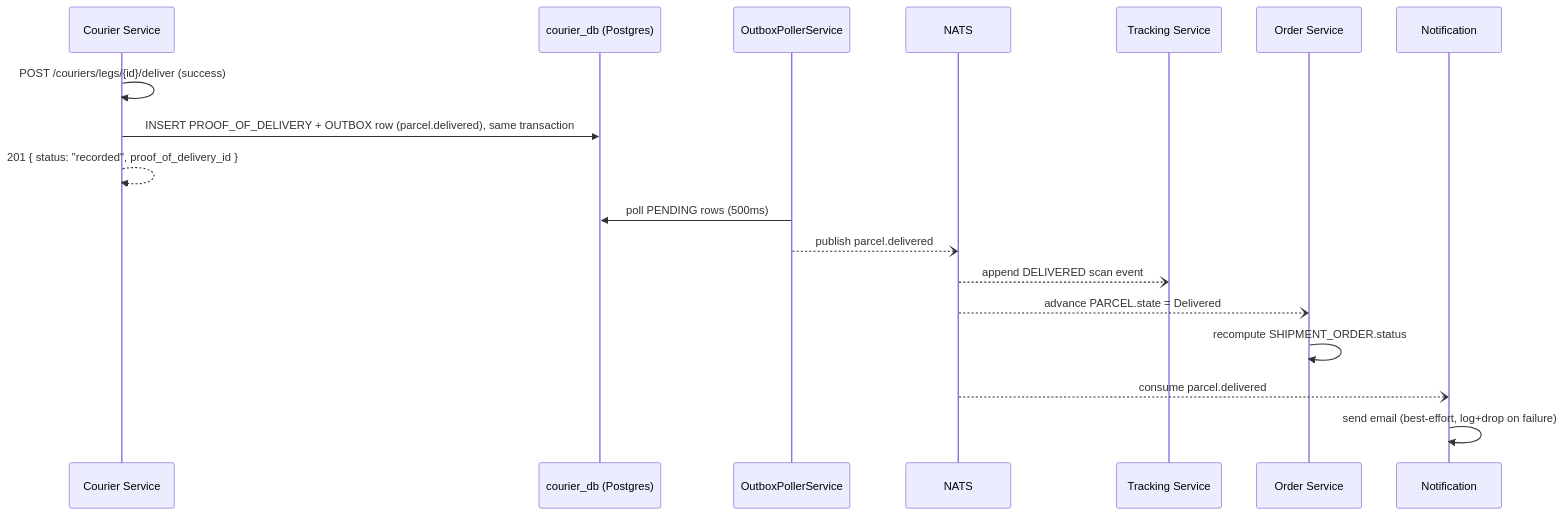
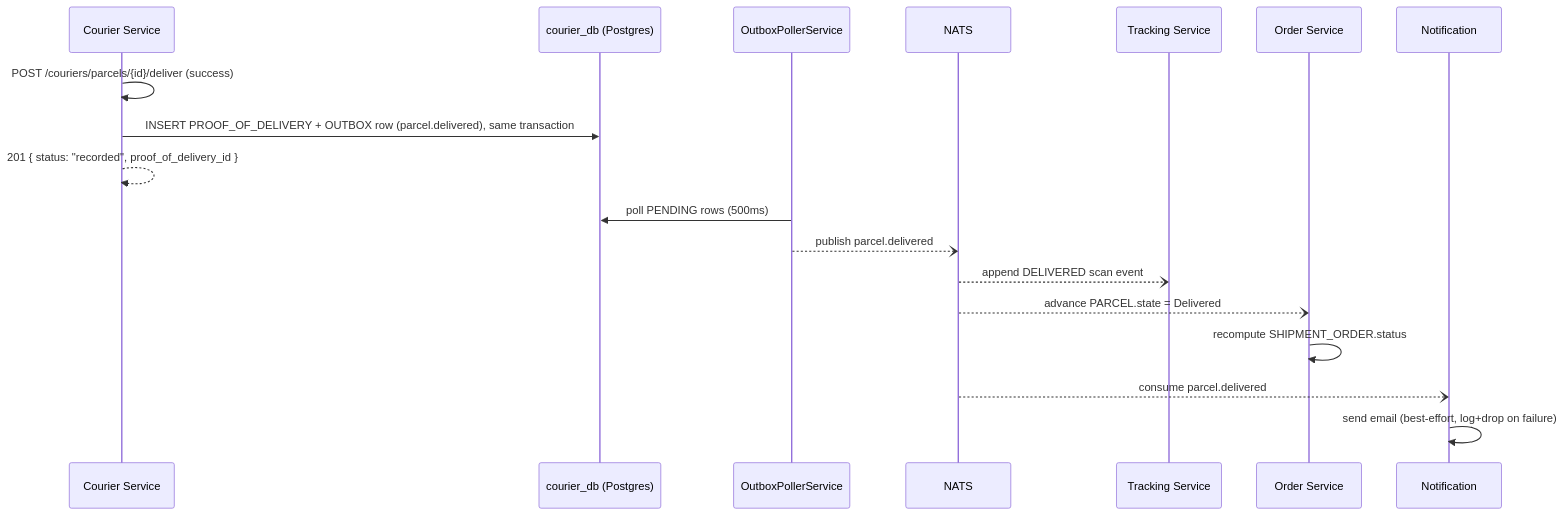
Before and after one commit to dunguyen-311201/nestjs: the second of 3 diagrams in shipping-system/docs/lld/courier-service.md, drawn with Mermaid. The commit also changed other lines of this file and 18 other files, not shown here.

First line of the commit message:
refactor: rename couriers/legs and dispatcher legs routes to parcels

````diff
--- a/shipping-system/docs/lld/courier-service.md
+++ b/shipping-system/docs/lld/courier-service.md
@@ -63,21 +63,21 @@
 ```mermaid
 sequenceDiagram
     participant Courier as Courier Service
     participant DB as courier_db (Postgres)
     participant Poller as OutboxPollerService
     participant NATS
     participant Tracking as Tracking Service
     participant Order as Order Service
     participant Notification
 
-    Courier->>Courier: POST /couriers/legs/{id}/deliver (success)
+    Courier->>Courier: POST /couriers/parcels/{id}/deliver (success)
     Courier->>DB: INSERT PROOF_OF_DELIVERY + OUTBOX row (parcel.delivered), same transaction
     Courier-->>Courier: 201 { status: "recorded", proof_of_delivery_id }
     Poller->>DB: poll PENDING rows (500ms)
     Poller--)NATS: publish parcel.delivered
     NATS--)Tracking: append DELIVERED scan event
     NATS--)Order: advance PARCEL.state = Delivered
     Order->>Order: recompute SHIPMENT_ORDER.status 
     NATS--)Notification: consume parcel.delivered
     Notification->>Notification: send email (best-effort, log+drop on failure)
 ```
````
